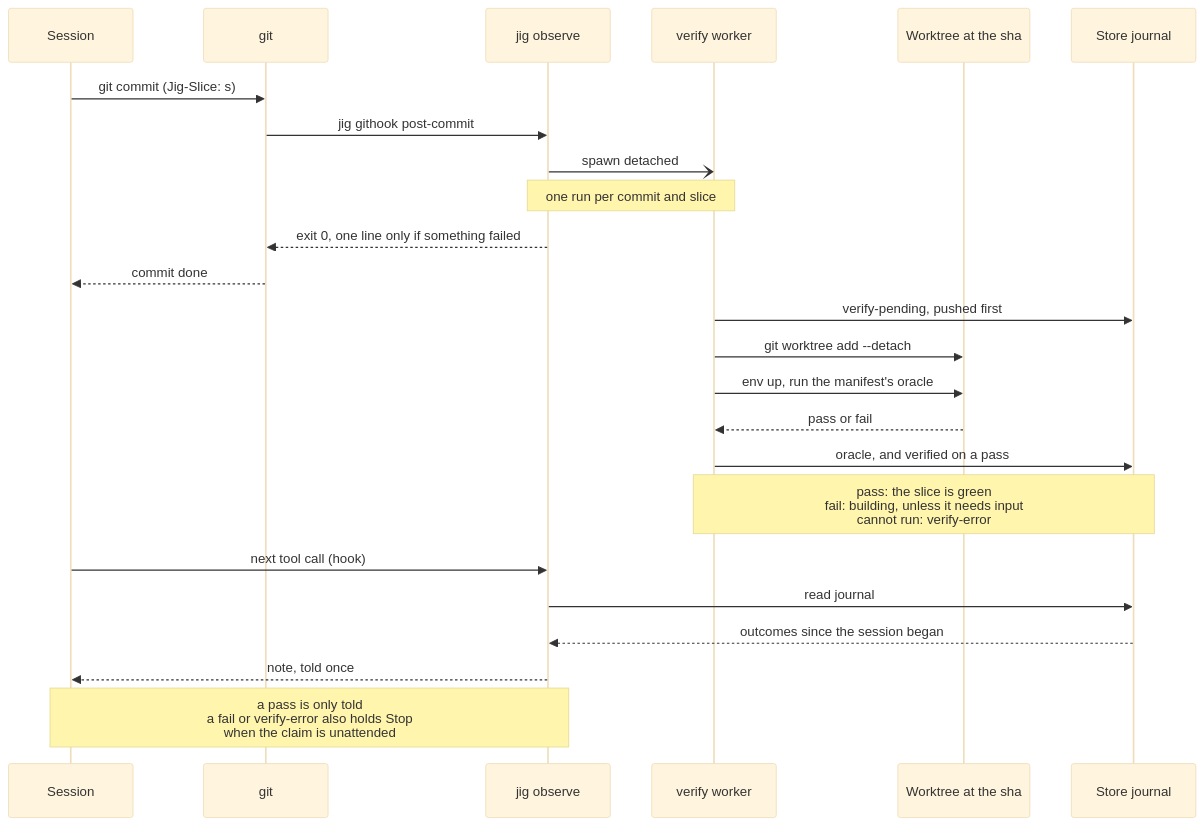
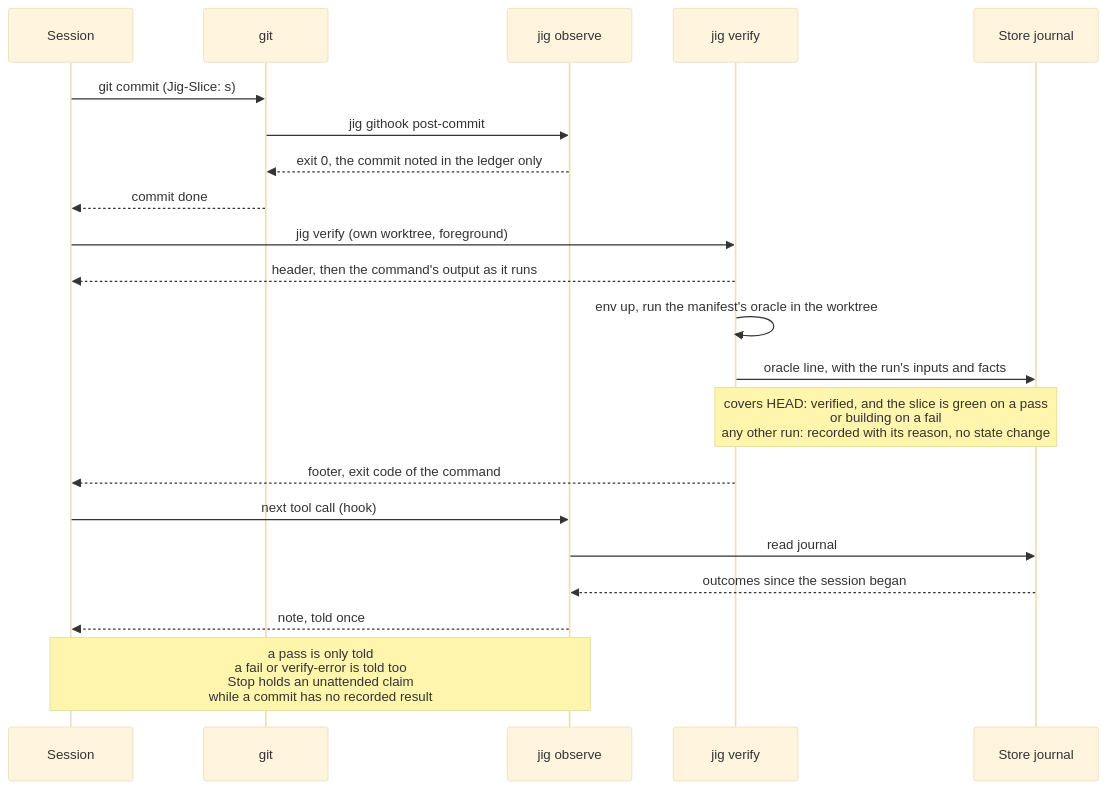
Before and after one commit to develdeco/jig: the fourth of 5 diagrams in docs/diagrams.md, drawn with Mermaid (base theme). The commit also changed other lines of this file and 16 other files, not shown here.

First line of the commit message:
The build skill and the docs say a builder runs jig verify and jig witnesses the run

````diff
--- a/docs/diagrams.md
+++ b/docs/diagrams.md
@@ -229,29 +232,26 @@
 ```mermaid
 sequenceDiagram
   participant S as Session
   participant G as git
   participant O as jig observe
-  participant W as verify worker
-  participant T as Worktree at the sha
+  participant V as jig verify
   participant J as Store journal
 
   S->>G: git commit (Jig-Slice: s)
   G->>O: jig githook post-commit
-  O-)W: spawn detached
-  Note over O,W: one run per commit and slice
-  O-->>G: exit 0, one line only if something failed
+  O-->>G: exit 0, the commit noted in the ledger only
   G-->>S: commit done
 
-  W->>J: verify-pending, pushed first
-  W->>T: git worktree add --detach
-  W->>T: env up, run the manifest's oracle
-  T-->>W: pass or fail
-  W->>J: oracle, and verified on a pass
-  Note over W,J: pass: the slice is green<br/>fail: building, unless it needs input<br/>cannot run: verify-error
+  S->>V: jig verify (own worktree, foreground)
+  V-->>S: header, then the command's output as it runs
+  V->>V: env up, run the manifest's oracle in the worktree
+  V->>J: oracle line, with the run's inputs and facts
+  Note over V,J: covers HEAD: verified, and the slice is green on a pass<br/>or building on a fail<br/>any other run: recorded with its reason, no state change
+  V-->>S: footer, exit code of the command
 
   S->>O: next tool call (hook)
   O->>J: read journal
   J-->>O: outcomes since the session began
   O-->>S: note, told once
-  Note over S,O: a pass is only told<br/>a fail or verify-error also holds Stop<br/>when the claim is unattended
+  Note over S,O: a pass is only told<br/>a fail or verify-error is told too<br/>Stop holds an unattended claim<br/>while a commit has no recorded result
 ```
````
